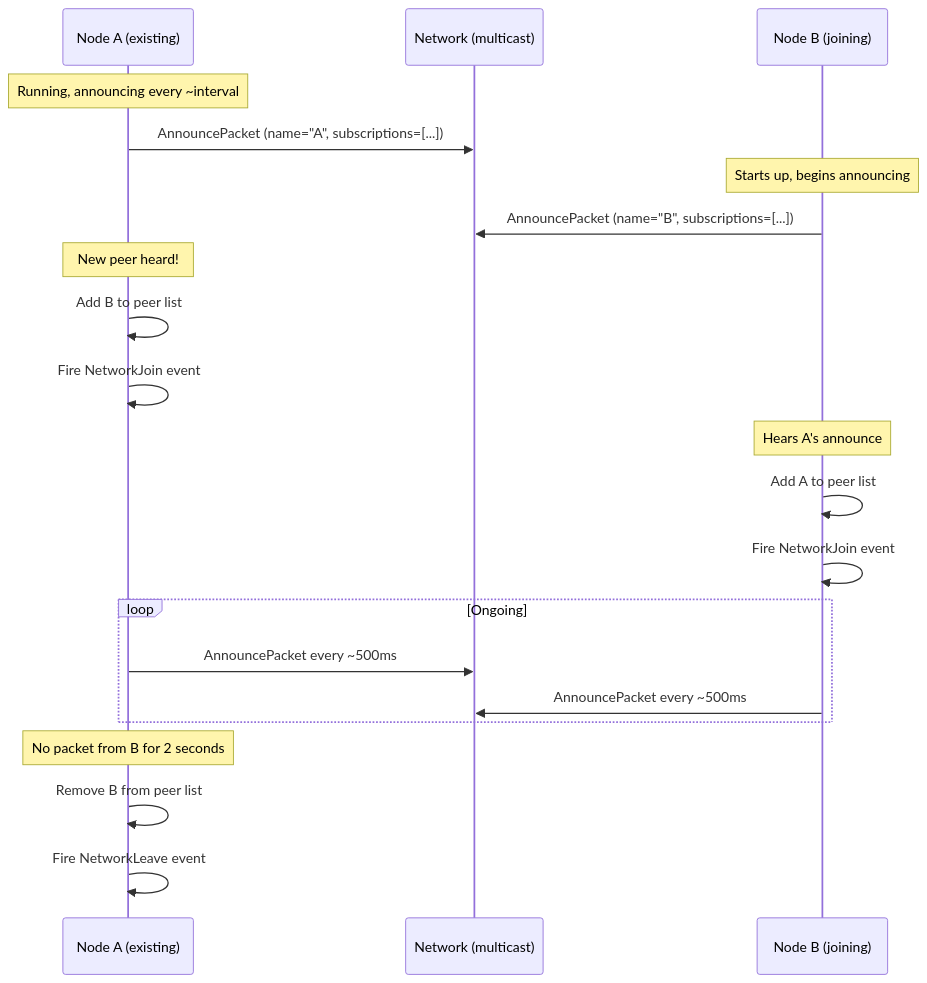
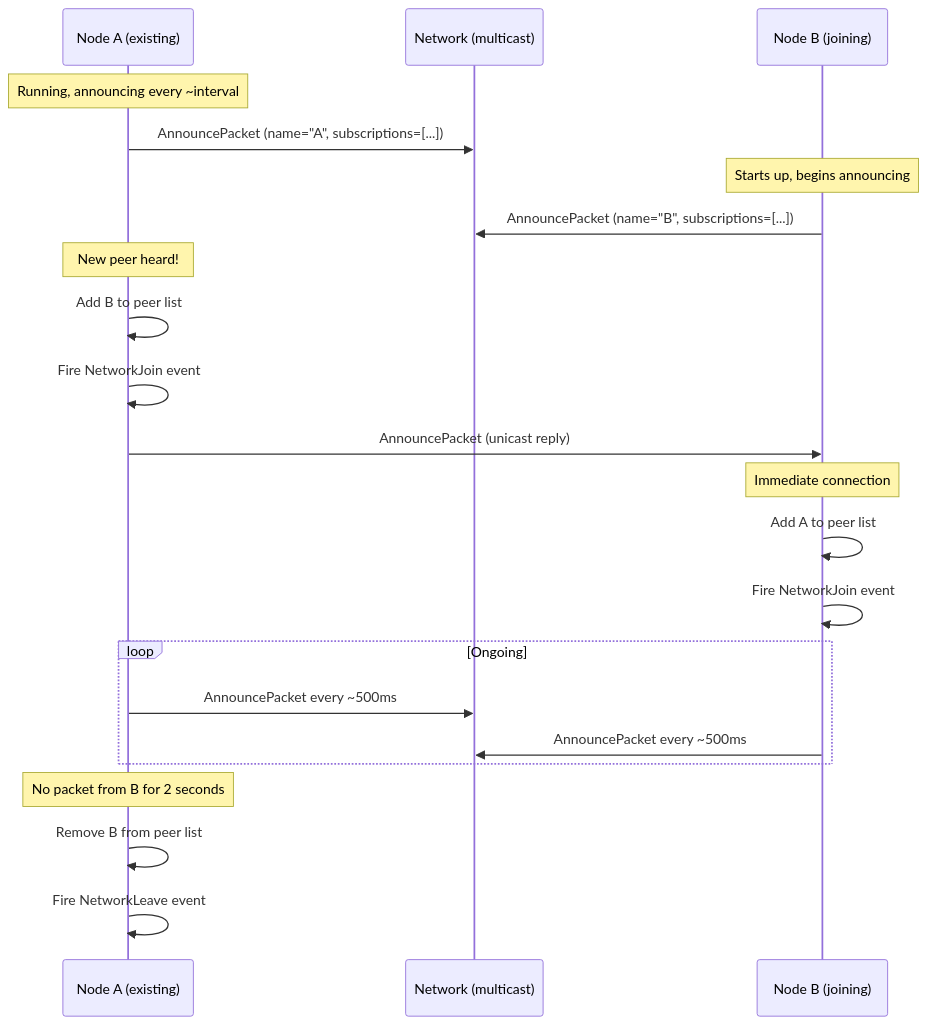
Before and after one commit to Fastcode/NUClear: the third of 12 diagrams in docs/explanation/nuclearnet.md, drawn with Mermaid. The commit also changed other lines of this file and 2 other files, not shown here.

First line of the commit message:
refactor: remove DATA_RETRANSMISSION packet type and document announce-back

````diff
--- a/docs/explanation/nuclearnet.md
+++ b/docs/explanation/nuclearnet.md
@@ -101,29 +101,30 @@
 ```mermaid
 sequenceDiagram
     participant A as Node A (existing)
     participant Net as Network (multicast)
     participant B as Node B (joining)
 
     Note over A: Running, announcing every ~interval
     A->>Net: AnnouncePacket (name="A", subscriptions=[...])
 
     Note over B: Starts up, begins announcing
     B->>Net: AnnouncePacket (name="B", subscriptions=[...])
 
     Note over A: New peer heard!
     A->>A: Add B to peer list
     A->>A: Fire NetworkJoin event
+    A->>B: AnnouncePacket (unicast reply)
 
-    Note over B: Hears A's announce
+    Note over B: Immediate connection
     B->>B: Add A to peer list
     B->>B: Fire NetworkJoin event
 
     loop Ongoing
         A->>Net: AnnouncePacket every ~500ms
         B->>Net: AnnouncePacket every ~500ms
     end
 
     Note over A: No packet from B for 2 seconds
     A->>A: Remove B from peer list
     A->>A: Fire NetworkLeave event
 ```
````
